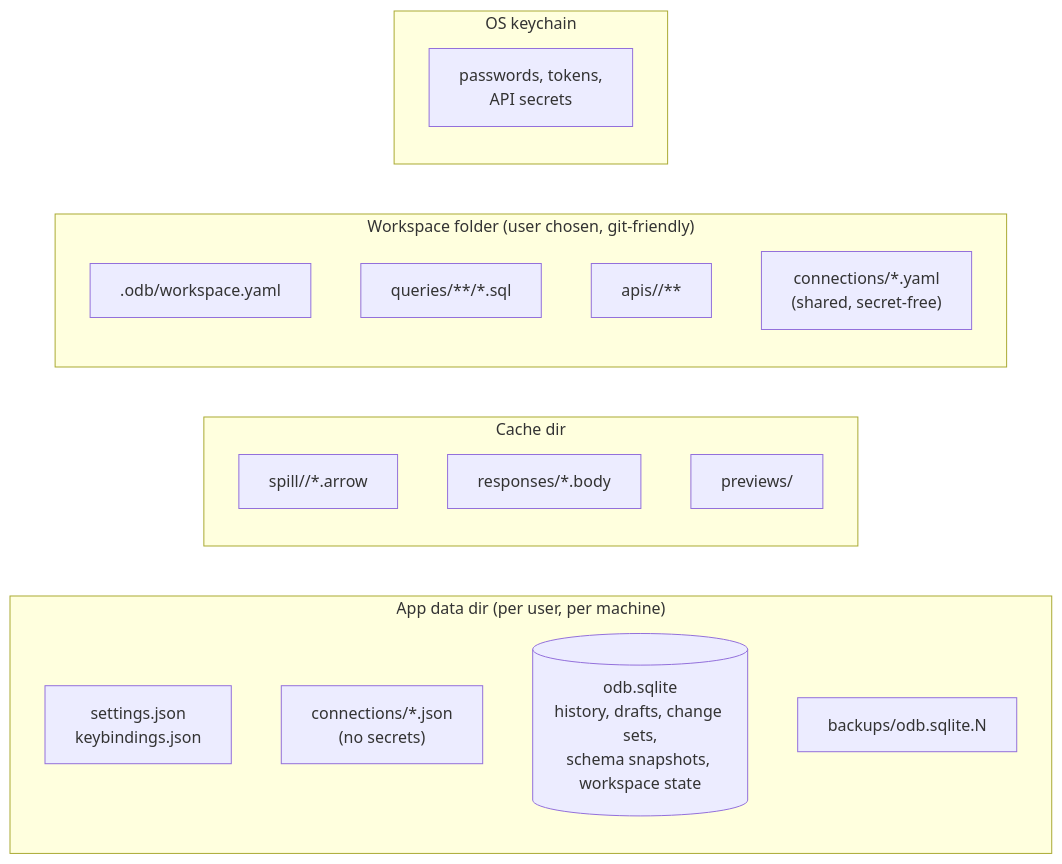
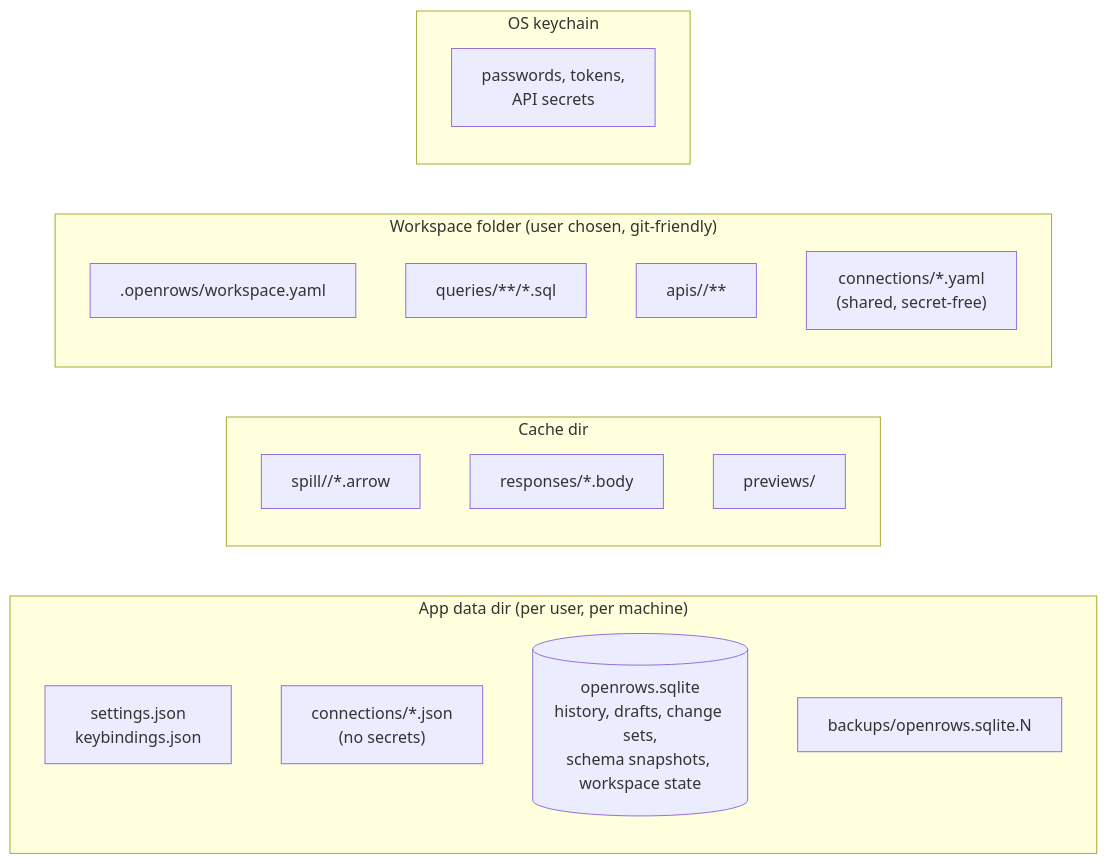
The diagram in docs/15-storage-and-persistence.md (theetaz/open-rows), drawn with Mermaid before and after one commit. The commit also changed other lines of this file and 31 other files, not shown here.

````diff
--- a/docs/15-storage-and-persistence.md
+++ b/docs/15-storage-and-persistence.md
@@ -5,23 +5,23 @@
 ```mermaid
 flowchart LR
     subgraph appdata["App data dir (per user, per machine)"]
         settings["settings.json<br/>keybindings.json"]
         profiles["connections/*.json<br/>(no secrets)"]
-        db[("odb.sqlite<br/>history, drafts, change sets,<br/>schema snapshots, workspace state")]
-        backups["backups/odb.sqlite.N"]
+        db[("openrows.sqlite<br/>history, drafts, change sets,<br/>schema snapshots, workspace state")]
+        backups["backups/openrows.sqlite.N"]
     end
     subgraph cache["Cache dir"]
         spill["spill/<session>/*.arrow"]
         resp["responses/*.body"]
         thumbs["previews/"]
     end
     subgraph ws["Workspace folder (user chosen, git-friendly)"]
-        wsmeta[".odb/workspace.yaml"]
+        wsmeta[".openrows/workspace.yaml"]
         queries["queries/**/*.sql"]
         apis["apis/<collection>/**"]
         shared["connections/*.yaml<br/>(shared, secret-free)"]
     end
     subgraph kc["OS keychain"]
         secrets["passwords, tokens,<br/>API secrets"]
     end
 ```
````
